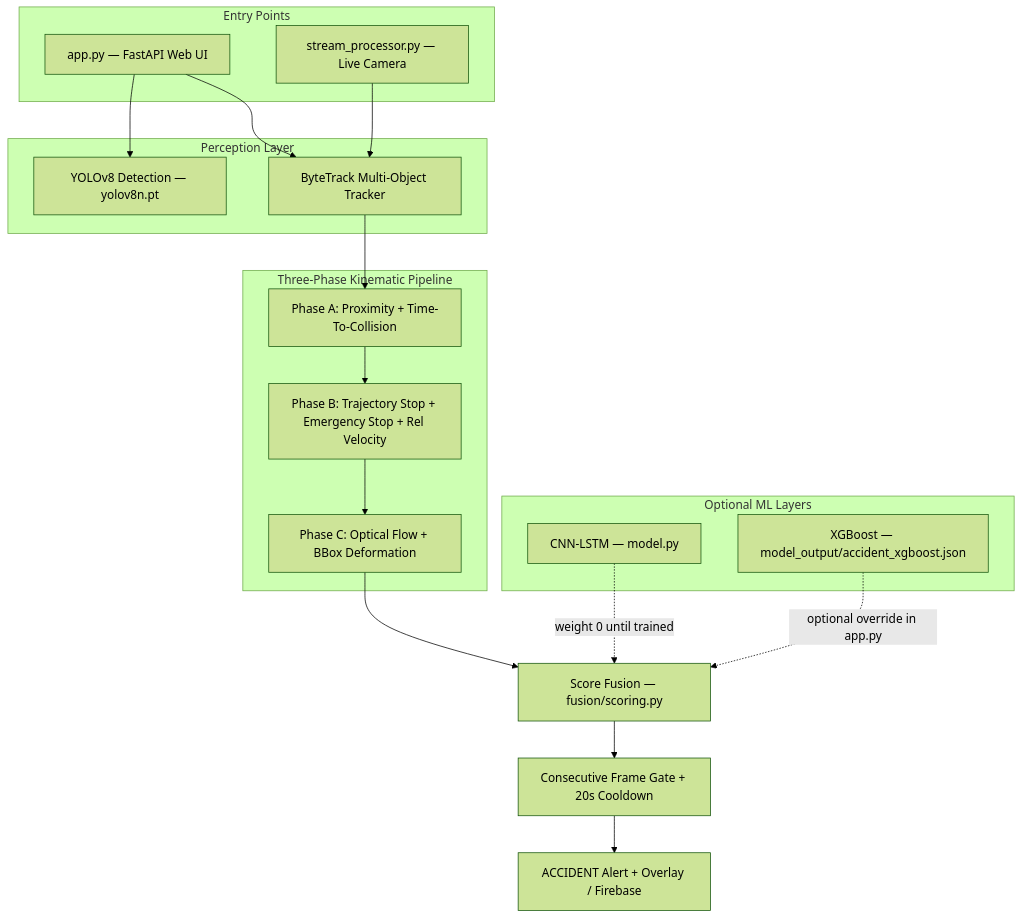
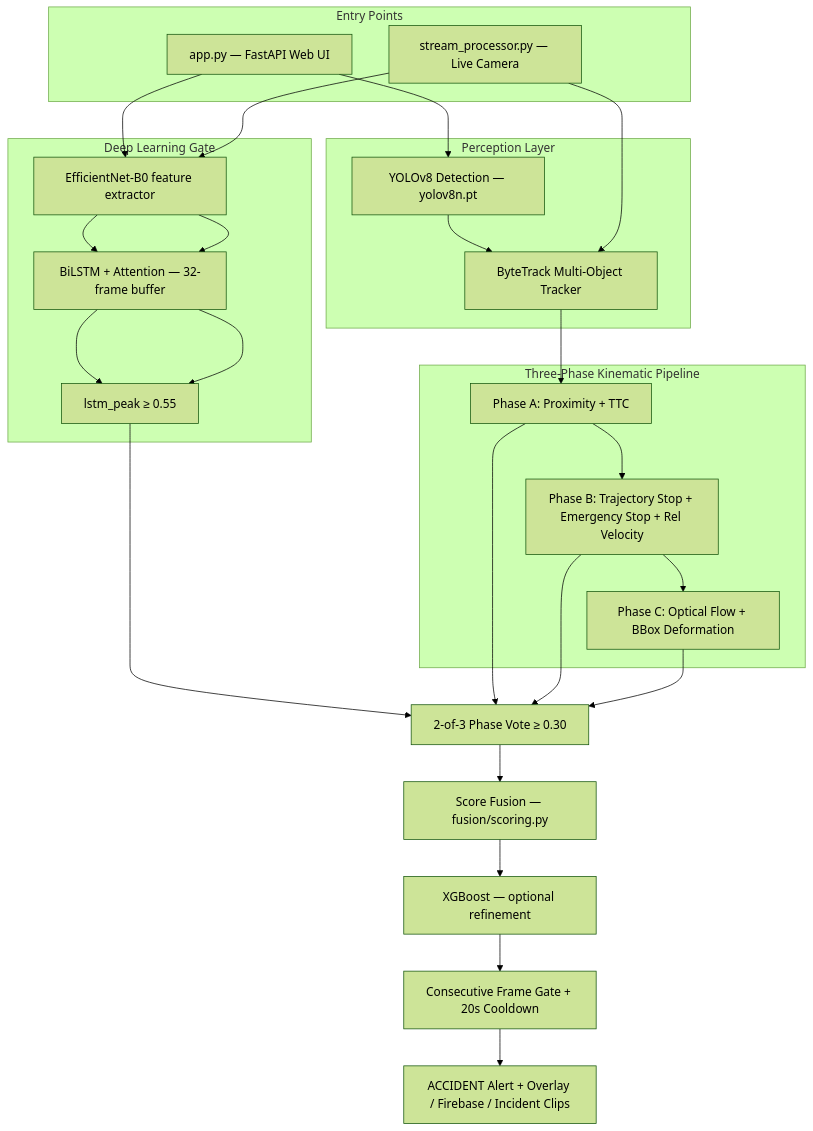
The diagram in tech_Des.md (max-mani/Uyir_Project_AI_Model), drawn with Mermaid (forest theme) before and after one commit. The commit also changed other lines of this file and 10 other files, not shown here.

Commit message:
Updated the Accident Architecture

````diff
--- a/tech_Des.md
+++ b/tech_Des.md
@@ -20,35 +25,41 @@
 ```mermaid
 graph TD
     subgraph entry [Entry Points]
         Web[app.py — FastAPI Web UI]
         Stream[stream_processor.py — Live Camera]
     end
 
     subgraph perception [Perception Layer]
         YOLO[YOLOv8 Detection — yolov8n.pt]
         BT[ByteTrack Multi-Object Tracker]
     end
 
+    subgraph dl [Deep Learning Gate]
+        CNN[EfficientNet-B0 feature extractor]
+        LSTM[BiLSTM + Attention — 32-frame buffer]
+        Gate[lstm_peak ≥ 0.55]
+    end
+
     subgraph phases [Three-Phase Kinematic Pipeline]
-        PhaseA[Phase A: Proximity + Time-To-Collision]
+        PhaseA[Phase A: Proximity + TTC]
         PhaseB[Phase B: Trajectory Stop + Emergency Stop + Rel Velocity]
         PhaseC[Phase C: Optical Flow + BBox Deformation]
     end
 
-    subgraph ml [Optional ML Layers]
-        LSTM[CNN-LSTM — model.py]
-        XGB[XGBoost — model_output/accident_xgboost.json]
-    end
-
+    Vote[2-of-3 Phase Vote ≥ 0.30]
     Fusion[Score Fusion — fusion/scoring.py]
+    XGB[XGBoost — optional refinement]
     Gates[Consecutive Frame Gate + 20s Cooldown]
 
-    Web --> YOLO
-    Web --> BT
+    Web --> YOLO --> BT
     Stream --> BT
-    BT --> PhaseA --> PhaseB --> PhaseC --> Fusion
-    LSTM -.->|weight 0 until trained| Fusion
-    XGB -.->|optional override in app.py| Fusion
-    Fusion --> Gates
-    Gates --> Alert[ACCIDENT Alert + Overlay / Firebase]
+    Web --> CNN --> LSTM --> Gate
+    Stream --> CNN --> LSTM --> Gate
+    BT --> PhaseA --> PhaseB --> PhaseC
+    Gate --> Vote
+    PhaseA --> Vote
+    PhaseB --> Vote
+    PhaseC --> Vote
+    Vote --> Fusion --> XGB --> Gates
+    Gates --> Alert[ACCIDENT Alert + Overlay / Firebase / Incident Clips]
 ```
````
